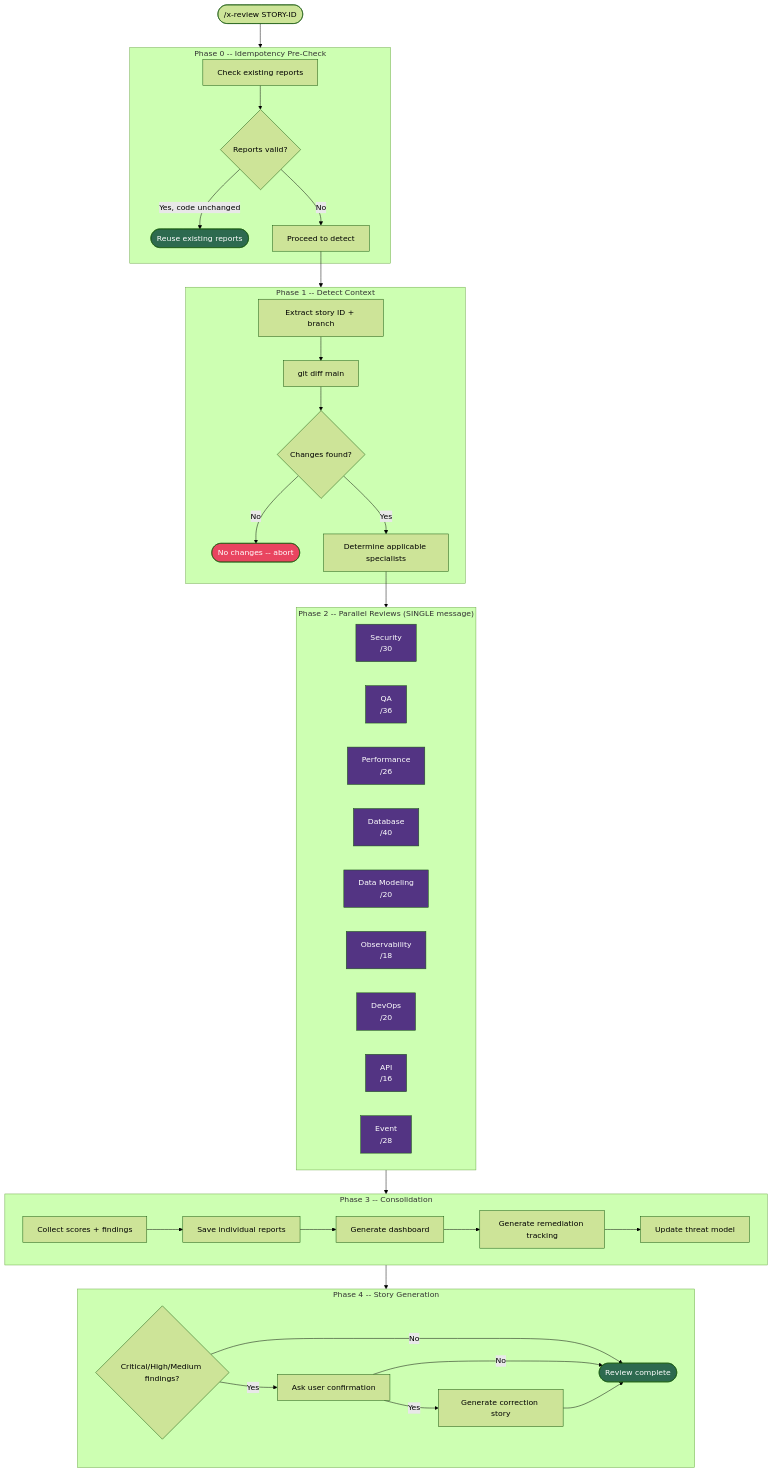
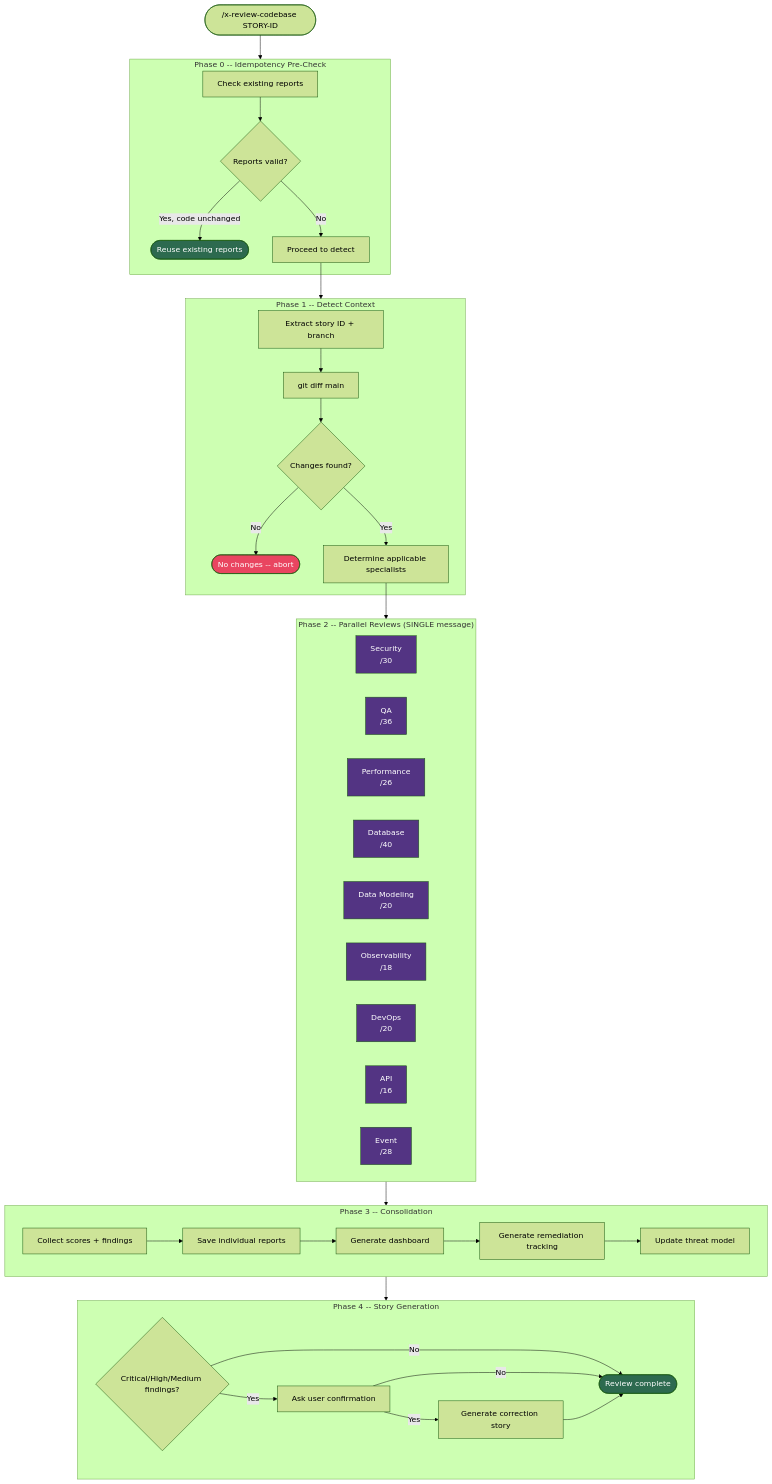
The diagram in src/main/resources/targets/claude/skills/core/review/x-review-codebase/README.md (review-bench/edercnj_ia-dev-environment), drawn with Mermaid (forest theme) before and after one commit. The commit also changed other lines of this file and 310 other files, not shown here.

````diff
--- a/src/main/resources/targets/claude/skills/core/review/x-review-codebase/README.md
+++ b/src/main/resources/targets/claude/skills/core/review/x-review-codebase/README.md
@@ -19,67 +19,67 @@
 ```mermaid
 flowchart TD
-    START(["/x-review STORY-ID"]) --> P0
+    START(["/x-review-codebase STORY-ID"]) --> P0
 
     subgraph P0["Phase 0 -- Idempotency Pre-Check"]
         P0A[Check existing reports] --> P0B{Reports valid?}
         P0B -->|Yes, code unchanged| REUSE([Reuse existing reports])
         P0B -->|No| P0C[Proceed to detect]
     end
 
     P0C --> P1
 
     subgraph P1["Phase 1 -- Detect Context"]
         P1A[Extract story ID + branch] --> P1B[git diff main]
         P1B --> P1C{Changes found?}
         P1C -->|No| ABORT([No changes -- abort])
         P1C -->|Yes| P1D[Determine applicable specialists]
     end
 
     P1D --> P2
 
     subgraph P2["Phase 2 -- Parallel Reviews (SINGLE message)"]
         direction LR
         SEC["Security\n/30"]
         QA["QA\n/36"]
         PERF["Performance\n/26"]
         DB["Database\n/40"]
         DM["Data Modeling\n/20"]
         OBS["Observability\n/18"]
         DEVOPS["DevOps\n/20"]
         API["API\n/16"]
         EVENT["Event\n/28"]
     end
 
     P2 --> P3
 
     subgraph P3["Phase 3 -- Consolidation"]
         P3A[Collect scores + findings] --> P3B[Save individual reports]
         P3B --> P3C[Generate dashboard]
         P3C --> P3D[Generate remediation tracking]
         P3D --> P3E[Update threat model]
     end
 
     P3 --> P4
 
     subgraph P4["Phase 4 -- Story Generation"]
         P4A{Critical/High/Medium findings?}
         P4A -->|No| DONE([Review complete])
         P4A -->|Yes| P4B[Ask user confirmation]
         P4B -->|No| DONE
         P4B -->|Yes| P4C[Generate correction story]
         P4C --> DONE
     end
 
     style REUSE fill:#2d6a4f,color:#fff
     style ABORT fill:#e94560,color:#fff
     style DONE fill:#2d6a4f,color:#fff
     style SEC fill:#533483,color:#fff
     style QA fill:#533483,color:#fff
     style PERF fill:#533483,color:#fff
     style DB fill:#533483,color:#fff
     style DM fill:#533483,color:#fff
     style OBS fill:#533483,color:#fff
     style DEVOPS fill:#533483,color:#fff
     style API fill:#533483,color:#fff
     style EVENT fill:#533483,color:#fff
 ```
````
